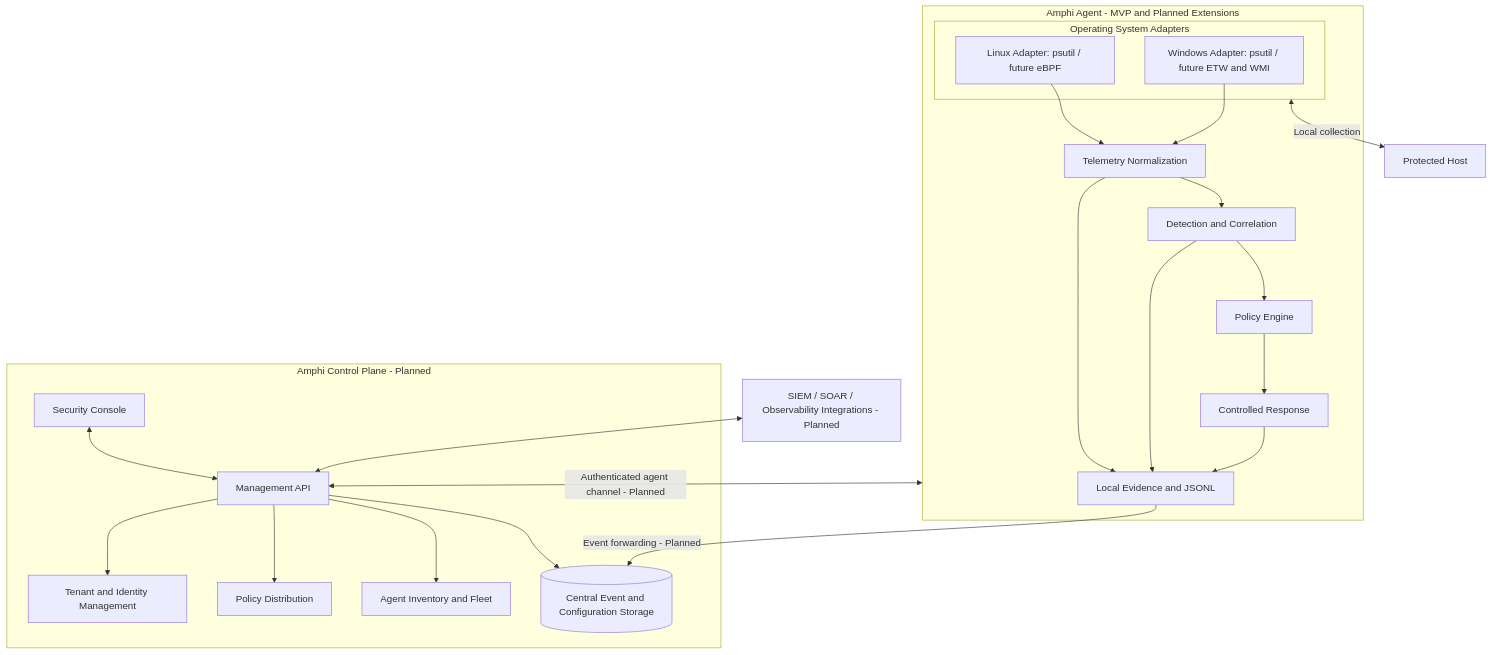
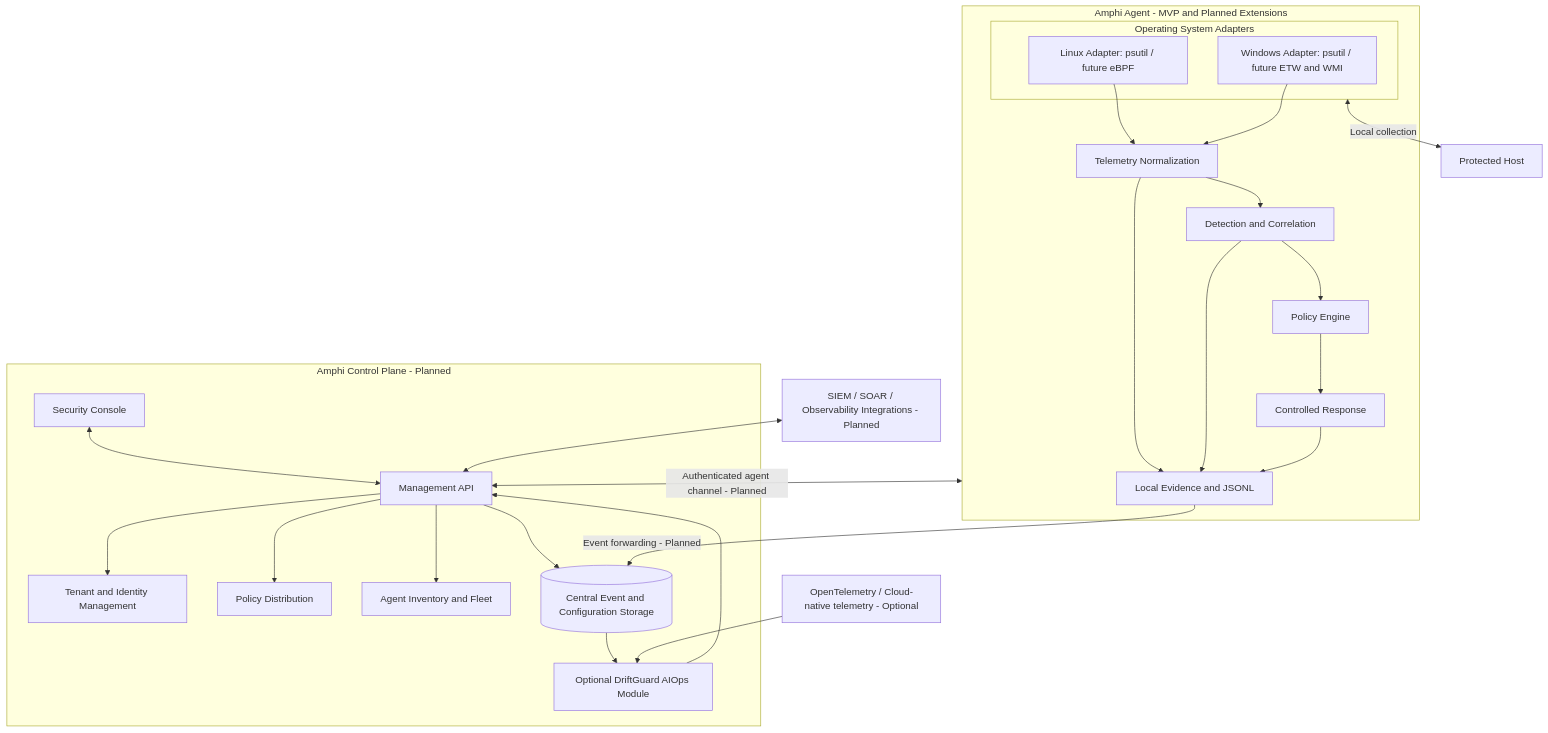
The first of 4 diagrams in README.md (kauand3v/Amphi), drawn with Mermaid before and after one commit. The commit also changed other lines of this file, not shown here.

````diff
--- a/README.md
+++ b/README.md
@@ -470,39 +481,43 @@
 ```mermaid
 flowchart TB
     subgraph CP[Amphi Control Plane - Planned]
         API[Management API]
         TEN[Tenant and Identity Management]
         POL[Policy Distribution]
         INV[Agent Inventory and Fleet]
         UI[Security Console]
         DB[(Central Event and Configuration Storage)]
+        DG[Optional DriftGuard AIOps Module]
         API --> TEN
         API --> POL
         API --> INV
         API --> DB
+        DB --> DG
+        DG --> API
         UI <--> API
     end
 
     subgraph AG[Amphi Agent - MVP and Planned Extensions]
         subgraph OS[Operating System Adapters]
             L[Linux Adapter: psutil / future eBPF]
             W[Windows Adapter: psutil / future ETW and WMI]
         end
         TEL[Telemetry Normalization]
         DET[Detection and Correlation]
         PE[Policy Engine]
         RESP[Controlled Response]
         FOR[Local Evidence and JSONL]
         L --> TEL
         W --> TEL
         TEL --> DET --> PE --> RESP
         TEL --> FOR
         DET --> FOR
         RESP --> FOR
     end
 
     OS <-->|Local collection| HOST[Protected Host]
     AG <-->|Authenticated agent channel - Planned| API
     FOR -->|Event forwarding - Planned| DB
     EXT[SIEM / SOAR / Observability Integrations - Planned] <--> API
+    OTEL[OpenTelemetry / Cloud-native telemetry - Optional] --> DG
 ```
````
